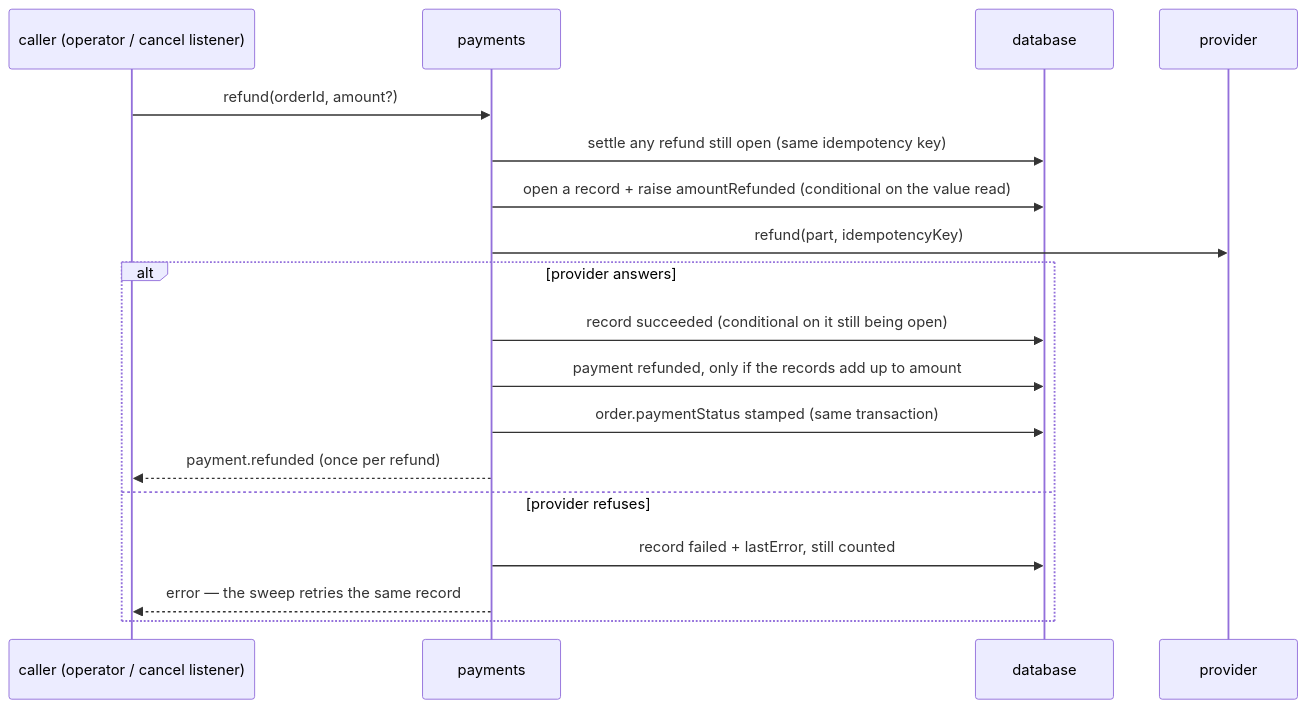
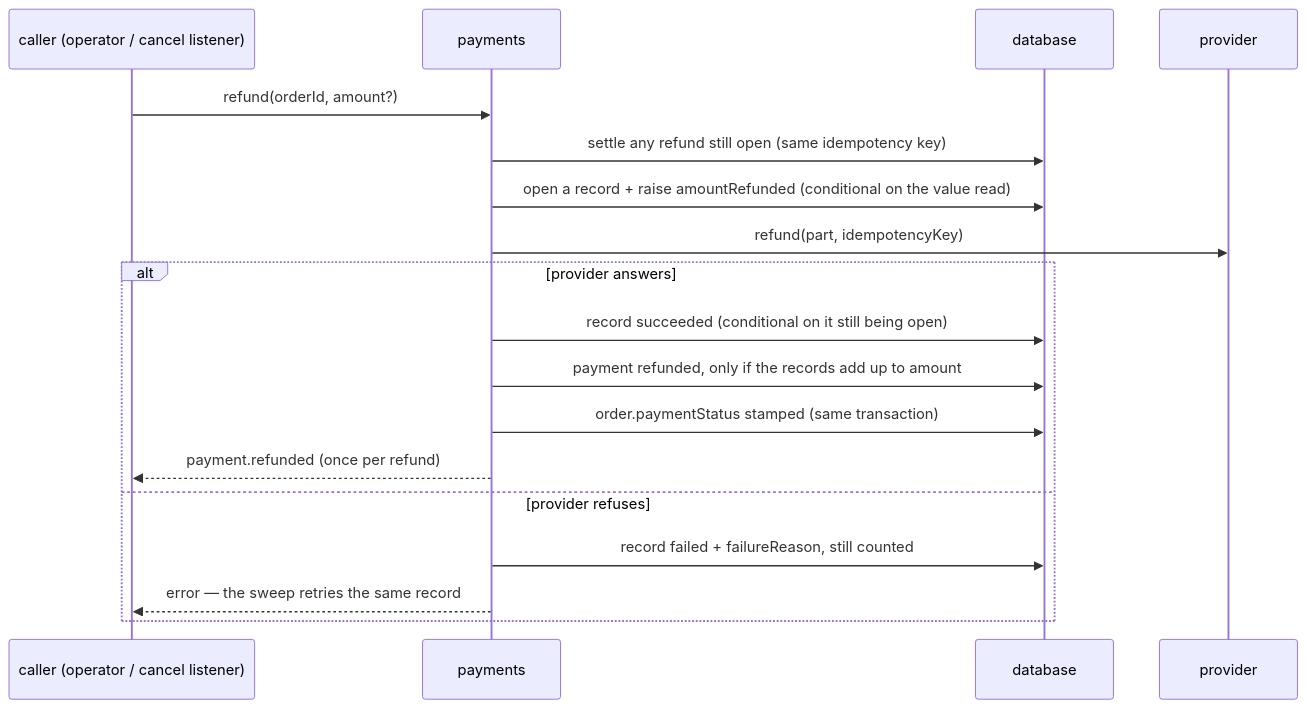
One commit to Guebbit/boilerplate-node-backend changed the sixth of 10 diagrams in docs/modules/payments.md. Above: the diagram before and after it, drawn with Mermaid. The commit also changed other lines of this file and 45 other files, not shown here.

````diff
--- a/docs/modules/payments.md
+++ b/docs/modules/payments.md
@@ -323,20 +323,20 @@
 ```mermaid
 sequenceDiagram
     participant C as caller (operator / cancel listener)
     participant P as payments
     participant D as database
     participant V as provider
     C->>P: refund(orderId, amount?)
     P->>D: settle any refund still open (same idempotency key)
     P->>D: open a record + raise amountRefunded (conditional on the value read)
     P->>V: refund(part, idempotencyKey)
     alt provider answers
         P->>D: record succeeded (conditional on it still being open)
         P->>D: payment refunded, only if the records add up to amount
         P->>D: order.paymentStatus stamped (same transaction)
         P-->>C: payment.refunded (once per refund)
     else provider refuses
-        P->>D: record failed + lastError, still counted
+        P->>D: record failed + failureReason, still counted
         P-->>C: error — the sweep retries the same record
     end
 ```
````
